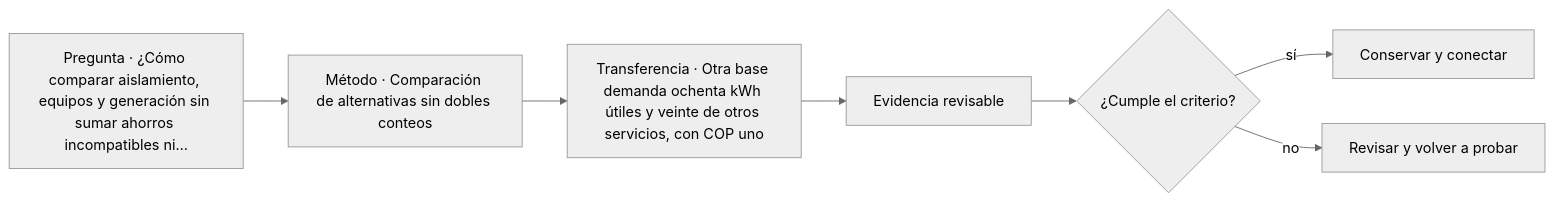
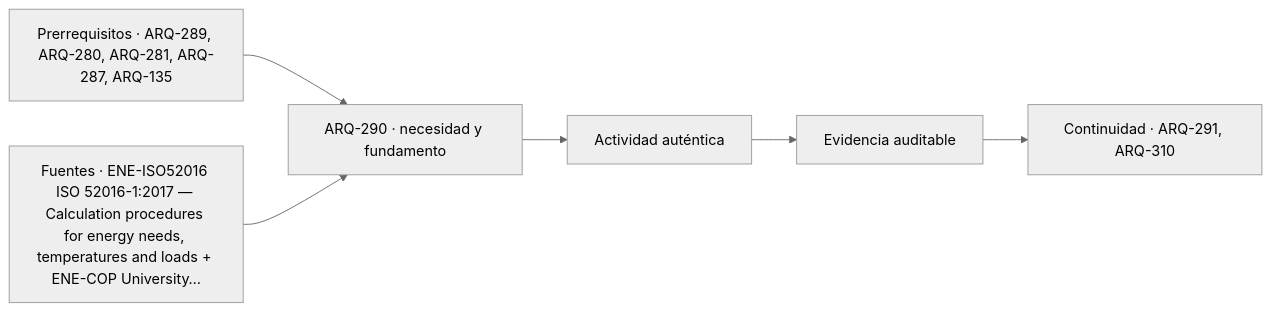
The diagram in classes/parte-29/ARQ-290.md (vladimiracunadev-create/architecture-built-environment-learning-program), drawn with Mermaid (neutral theme) before and after one commit. The commit also changed other lines of this file and 761 other files, not shown here.

````diff
--- a/classes/parte-29/ARQ-290.md
+++ b/classes/parte-29/ARQ-290.md
@@ -108,9 +120,8 @@
 ```mermaid
 flowchart LR
-    Q["Pregunta · ¿Cómo comparar aislamiento, equipos y generación sin sumar ahorros incompatibles ni…"] --> M["Método · Comparación de alternativas sin dobles conteos"]
-    M --> P["Transferencia · Otra base demanda ochenta kWh útiles y veinte de otros servicios, con COP uno"]
-    P --> E["Evidencia revisable"]
-    E --> C{"¿Cumple el criterio?"}
-    C -->|sí| T["Conservar y conectar"]
-    C -->|no| R["Revisar y volver a probar"]
+    A["Prerrequisitos · ARQ-289, ARQ-280, ARQ-281, ARQ-287, ARQ-135"] --> B["ARQ-290 · necesidad y fundamento"]
+    S["Fuentes · ENE-ISO52016 ISO 52016-1:2017 — Calculation procedures for energy needs, temperatures and loads + ENE-COP University…"] --> B
+    B --> C["Actividad auténtica"]
+    C --> D["Evidencia auditable"]
+    D --> E["Continuidad · ARQ-291, ARQ-310"]
 ```
````
